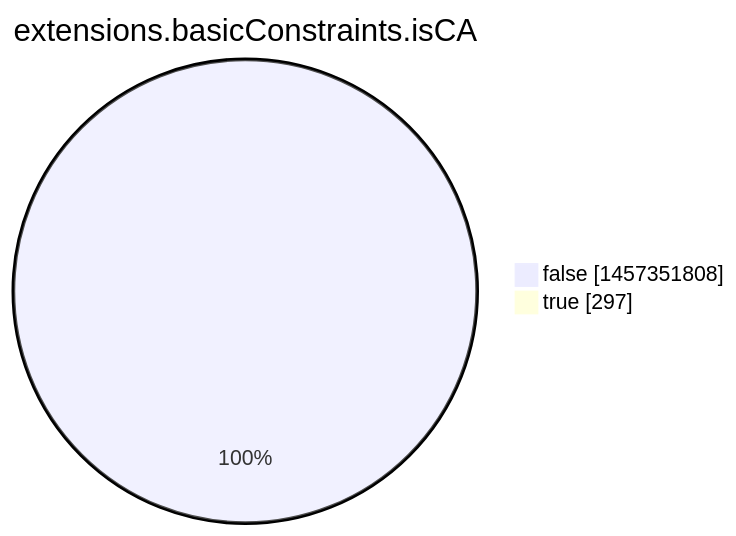
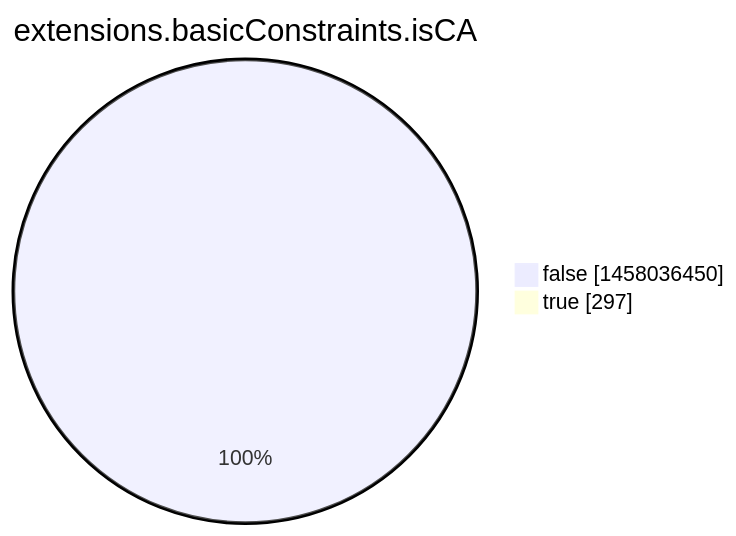
Before and after one commit to christiankrug/ctmonitor_visualization: the eighth of 15 diagrams in argon2022/README.md, drawn with Mermaid. The commit also changed other lines of this file, not shown here.

````diff
--- a/argon2022/README.md
+++ b/argon2022/README.md
@@ -2760,6 +2760,6 @@
 ```mermaid
 pie showData
 title extensions.basicConstraints.isCA
-"false" :1457351808
+"false" :1458036450
 "true" :297
 ```
````
